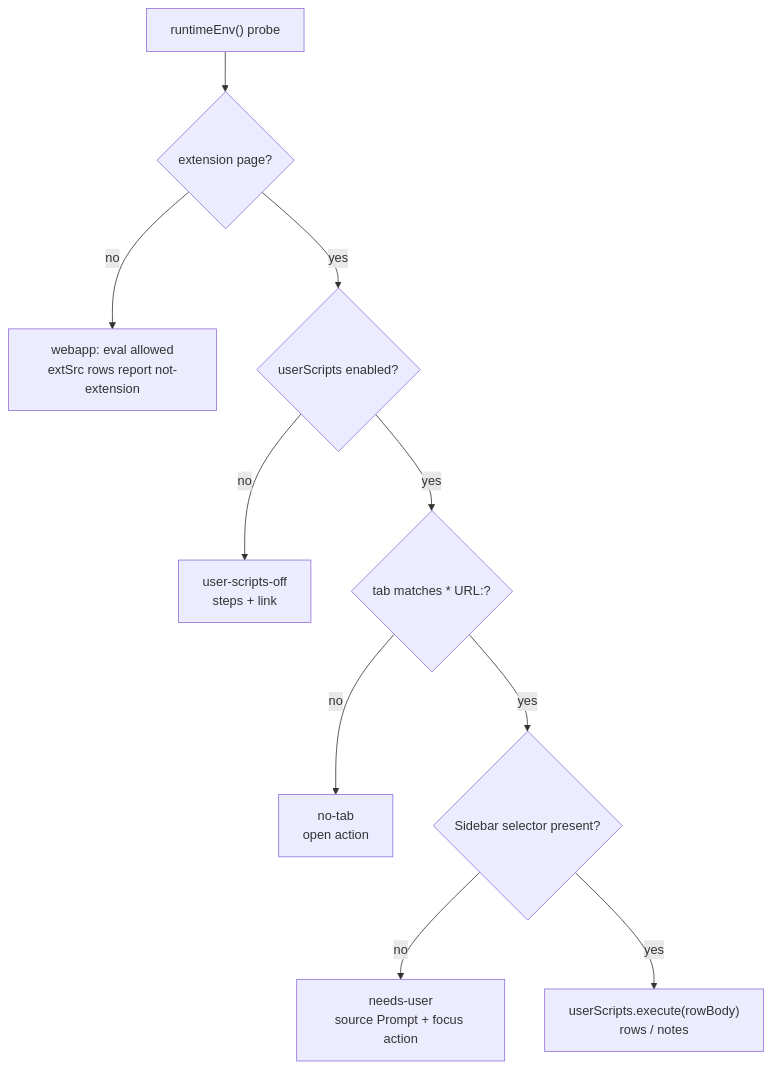
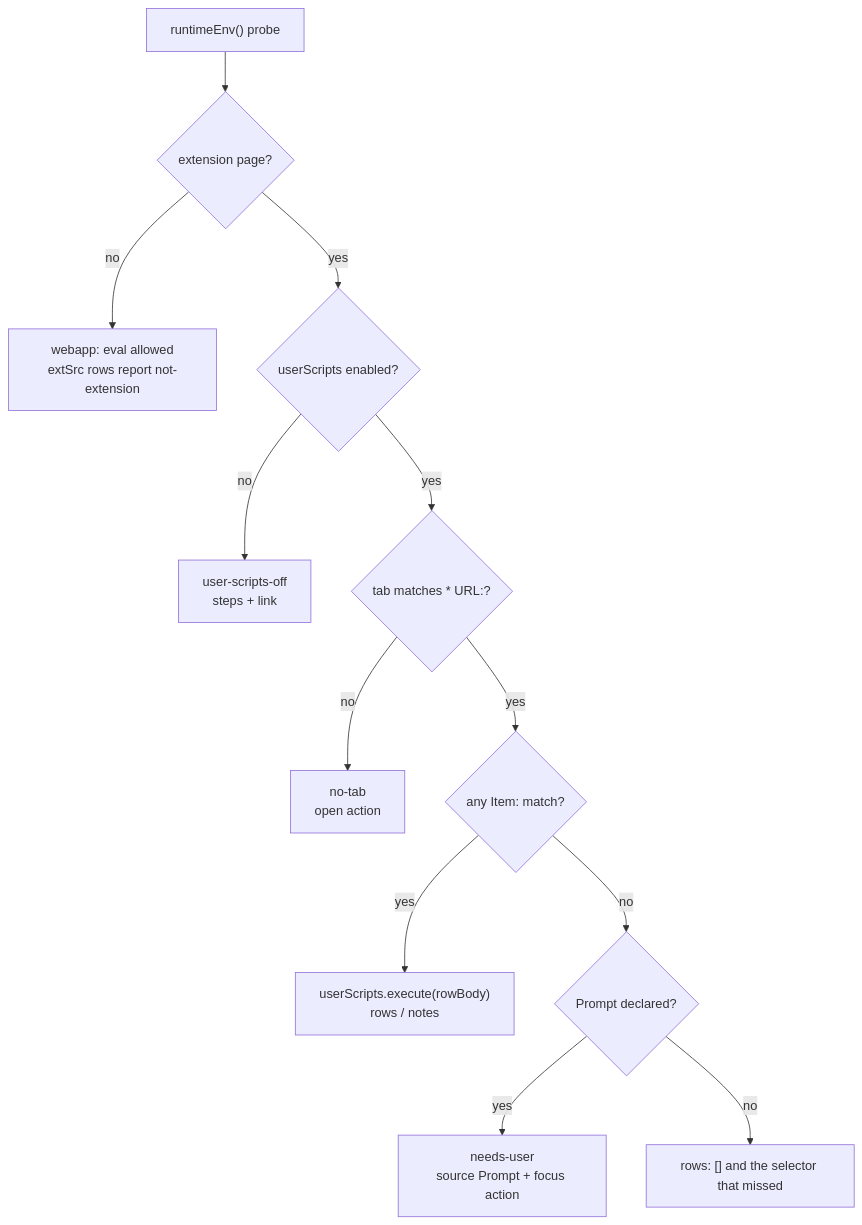
Before and after one commit to wasoko/xbb: the diagram in docs/extsrc-plan.md, drawn with Mermaid. The commit also changed other lines of this file and 6 other files, not shown here.

````diff
--- a/docs/extsrc-plan.md
+++ b/docs/extsrc-plan.md
@@ -258,12 +258,14 @@
 ```mermaid
 flowchart TD
   V["runtimeEnv() probe"] --> A{"extension page?"}
   A -- no --> W["webapp: eval allowed<br/>extSrc rows report not-extension"]
   A -- yes --> B{"userScripts enabled?"}
   B -- no --> U["user-scripts-off<br/>steps + link"]
   B -- yes --> C{"tab matches * URL:?"}
   C -- no --> N["no-tab<br/>open action"]
-  C -- yes --> D{"Sidebar selector present?"}
-  D -- no --> P["needs-user<br/>source Prompt + focus action"]
+  C -- yes --> D{"any Item: match?"}
   D -- yes --> E["userScripts.execute(rowBody)<br/>rows / notes"]
+  D -- no --> F{"Prompt declared?"}
+  F -- yes --> P["needs-user<br/>source Prompt + focus action"]
+  F -- no --> G["rows: [] and the selector that missed"]
 ```
````
